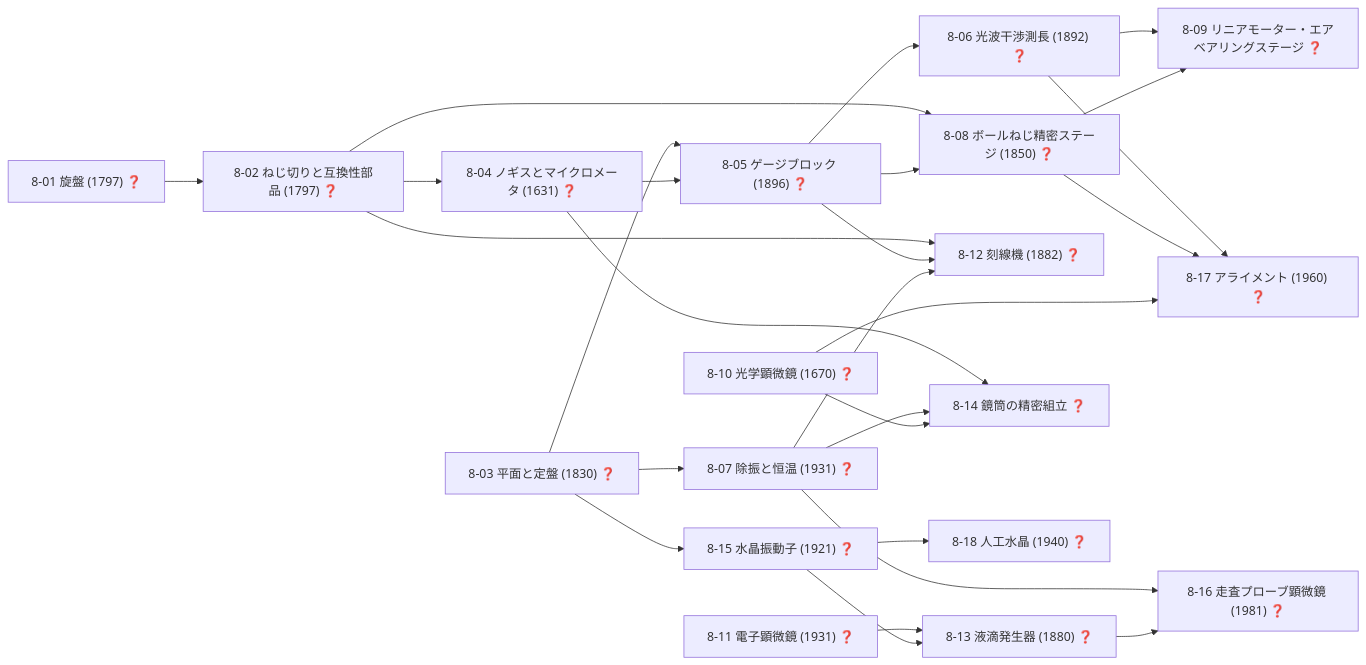
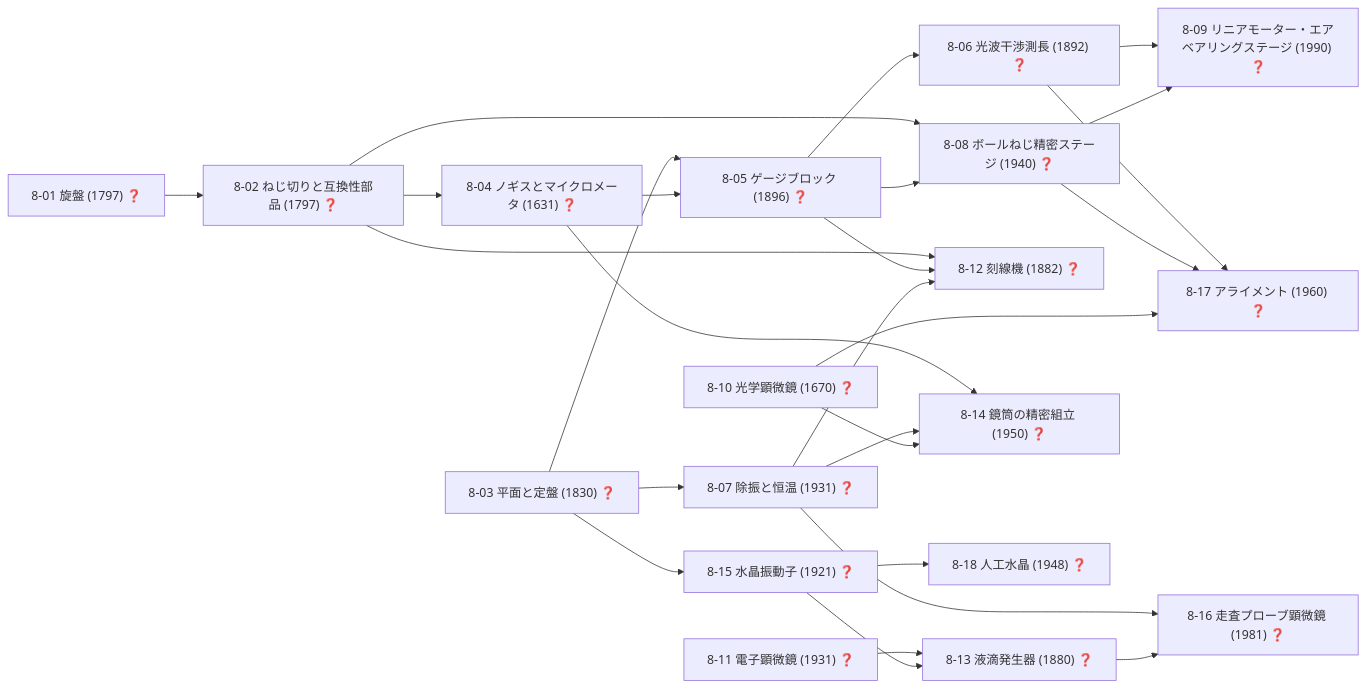
Diagram 11 of 19 in docs/TECH_TREE_VIEW.md (taku3i0317-collab/semiconductor-lab), drawn with Mermaid before and after one commit. The commit also changed other lines of this file and 7 other files, not shown here.

````diff
--- a/docs/TECH_TREE_VIEW.md
+++ b/docs/TECH_TREE_VIEW.md
@@ -509,46 +509,46 @@
 ```mermaid
 graph LR
   n8_01["8-01 旋盤 (1797) ❓"]
   n8_02["8-02 ねじ切りと互換性部品 (1797) ❓"]
   n8_03["8-03 平面と定盤 (1830) ❓"]
   n8_04["8-04 ノギスとマイクロメータ (1631) ❓"]
   n8_05["8-05 ゲージブロック (1896) ❓"]
   n8_06["8-06 光波干渉測長 (1892) ❓"]
   n8_07["8-07 除振と恒温 (1931) ❓"]
-  n8_08["8-08 ボールねじ精密ステージ (1850) ❓"]
-  n8_09["8-09 リニアモーター・エアベアリングステージ ❓"]
+  n8_08["8-08 ボールねじ精密ステージ (1940) ❓"]
+  n8_09["8-09 リニアモーター・エアベアリングステージ (1990) ❓"]
   n8_10["8-10 光学顕微鏡 (1670) ❓"]
   n8_11["8-11 電子顕微鏡 (1931) ❓"]
   n8_12["8-12 刻線機 (1882) ❓"]
   n8_13["8-13 液滴発生器 (1880) ❓"]
-  n8_14["8-14 鏡筒の精密組立 ❓"]
+  n8_14["8-14 鏡筒の精密組立 (1950) ❓"]
   n8_15["8-15 水晶振動子 (1921) ❓"]
   n8_16["8-16 走査プローブ顕微鏡 (1981) ❓"]
   n8_17["8-17 アライメント (1960) ❓"]
-  n8_18["8-18 人工水晶 (1940) ❓"]
+  n8_18["8-18 人工水晶 (1948) ❓"]
   n8_01-->n8_02
   n8_02-->n8_04
   n8_03-->n8_05
   n8_04-->n8_05
   n8_05-->n8_06
   n8_03-->n8_07
   n8_02-->n8_08
   n8_05-->n8_08
   n8_06-->n8_09
   n8_08-->n8_09
   n8_02-->n8_12
   n8_05-->n8_12
   n8_07-->n8_12
   n8_11-->n8_13
   n8_15-->n8_13
   n8_04-->n8_14
   n8_07-->n8_14
   n8_10-->n8_14
   n8_03-->n8_15
   n8_07-->n8_16
   n8_13-->n8_16
   n8_06-->n8_17
   n8_08-->n8_17
   n8_10-->n8_17
   n8_15-->n8_18
 ```
````
